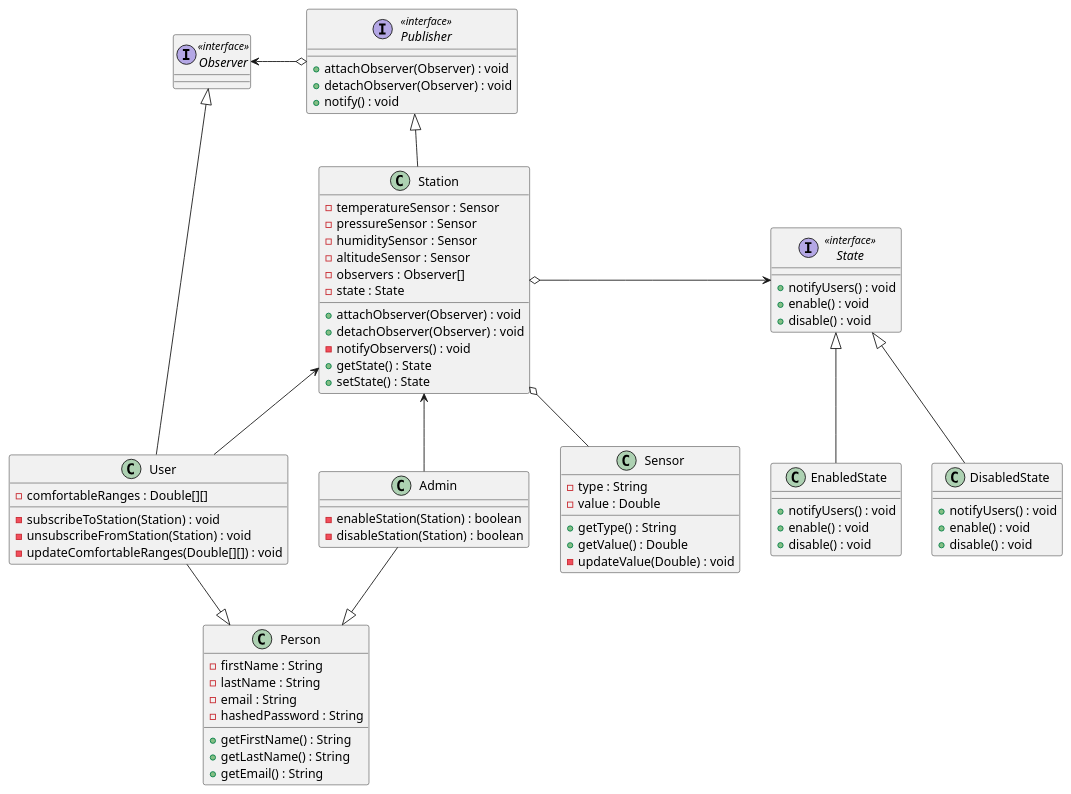
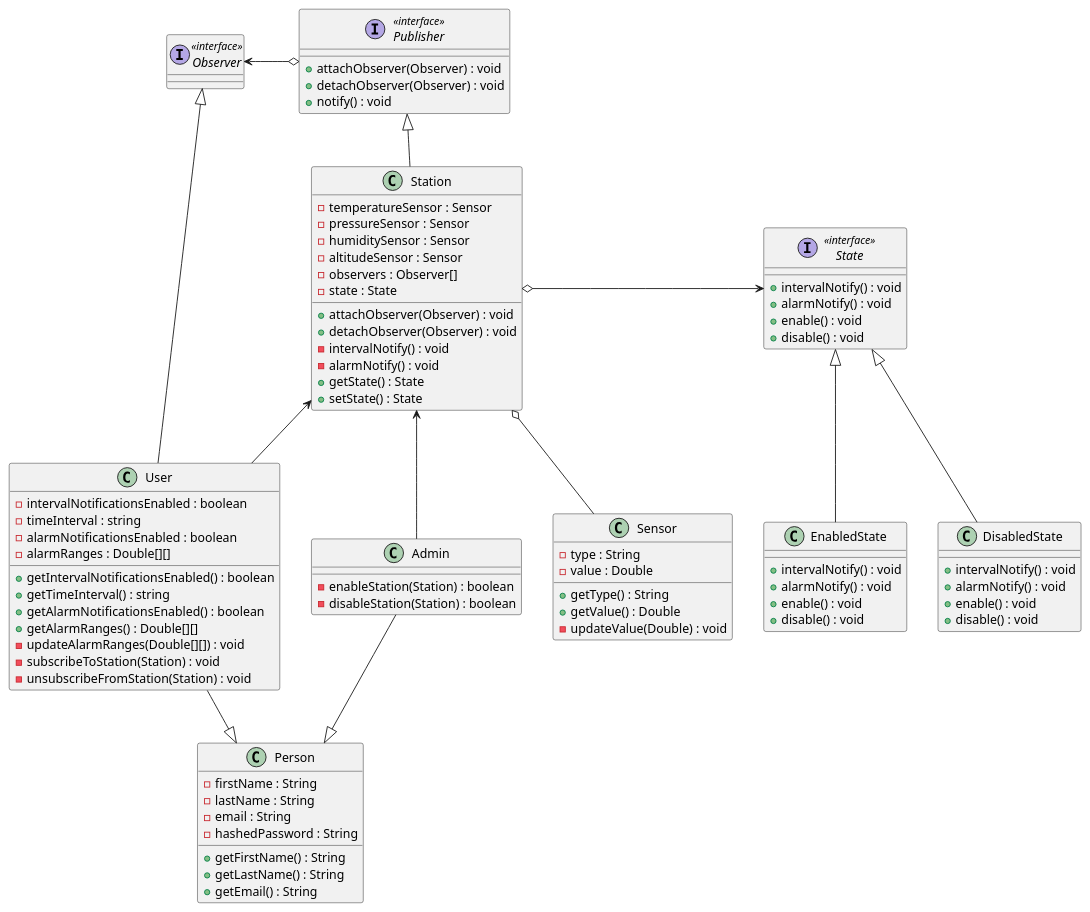
One commit to ooad-sv/semester-project-design changed the diagram in diagrams/class/diagram.puml. Above: the diagram before and after it, drawn with PlantUML. The commit also changed 5 other files, not shown here.

```diff
--- a/diagrams/class/diagram.puml
+++ b/diagrams/class/diagram.puml
@@ -1,93 +1,104 @@
 @startuml
 
 
 interface Publisher <<interface>> {
     +attachObserver(Observer) : void
     +detachObserver(Observer) : void
     +notify() : void
 }
 
 interface Observer <<interface>> {
 }
 
 class Person {
     -firstName : String
     -lastName : String
     -email : String
     -hashedPassword : String
     +getFirstName() : String
     +getLastName() : String
     +getEmail() : String
 }
 
 class User {
-    -comfortableRanges : Double[][]
+    -intervalNotificationsEnabled : boolean
+    -timeInterval : string
+    -alarmNotificationsEnabled : boolean
+    -alarmRanges : Double[][]
+    +getIntervalNotificationsEnabled() : boolean
+    +getTimeInterval() : string
+    +getAlarmNotificationsEnabled() : boolean
+    +getAlarmRanges() : Double[][]
+    -updateAlarmRanges(Double[][]) : void
     -subscribeToStation(Station) : void
     -unsubscribeFromStation(Station) : void
-    -updateComfortableRanges(Double[][]) : void
 }
 
 class Admin {
     -enableStation(Station) : boolean
     -disableStation(Station) : boolean
 }
 
 class Sensor {
     -type : String
     -value : Double
     +getType() : String
     +getValue() : Double
     -updateValue(Double) : void
 }
 
 class Station {
     -temperatureSensor : Sensor
     -pressureSensor : Sensor
     -humiditySensor : Sensor
     -altitudeSensor : Sensor
     -observers : Observer[]
     -state : State
     +attachObserver(Observer) : void
     +detachObserver(Observer) : void
-    -notifyObservers() : void
+    -intervalNotify() : void
+    -alarmNotify() : void
     +getState() : State
     +setState() : State
 }
 
 interface State <<interface>> {
-    +notifyUsers() : void
+    +intervalNotify() : void
+    +alarmNotify() : void
     +enable() : void
     +disable() : void
 }
 
 class EnabledState {
-    +notifyUsers() : void
+    +intervalNotify() : void
+    +alarmNotify() : void
     +enable() : void
     +disable() : void
 }
 
 class DisabledState {
-    +notifyUsers() : void
+    +intervalNotify() : void
+    +alarmNotify() : void
     +enable() : void
     +disable() : void
 }
 
 User --|> Person
 Admin --|> Person
 
 Station o-- Sensor
 
 Publisher <|-- Station
 Observer <|--- User
 
 Observer <-o Publisher
 
 Station <-- User
 Station <-- Admin
 
 State <|-- EnabledState
 State <|-- DisabledState
 
 Station o-> State
 
 @enduml
```
